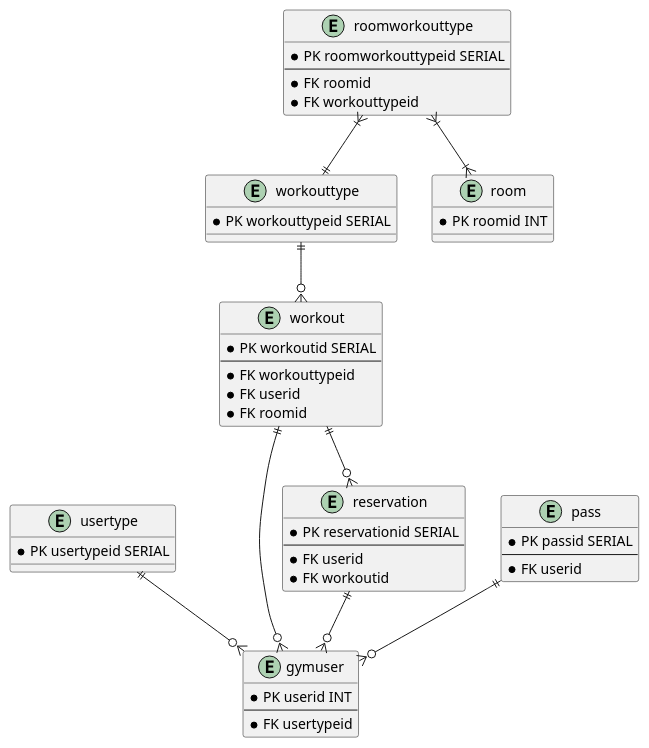
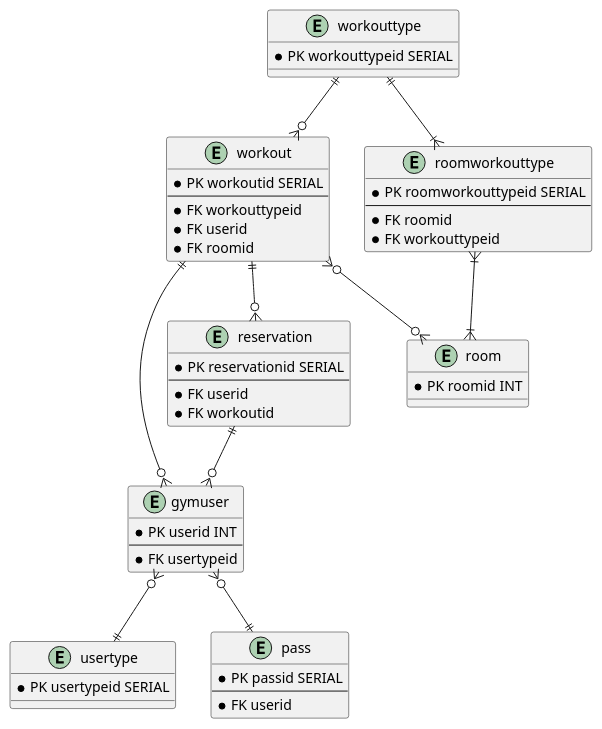
Before and after one commit to vitalispopoff/CentrumSportu: the diagram in _docs/SportHubDatabaseStructure.puml, drawn with PlantUML. The commit also changed 1 other file, not shown here.

```diff
--- a/_docs/SportHubDatabaseStructure.puml
+++ b/_docs/SportHubDatabaseStructure.puml
@@ -1,65 +1,67 @@
 @startuml
 
 Entity usertype{
 * PK usertypeid SERIAL
 }
 
 entity gymuser{
 * PK userid INT
 --
 * FK usertypeid
 }
 
 entity workouttype{
 * PK workouttypeid SERIAL
 }
 
 entity workout{
 * PK workoutid SERIAL
 --
 * FK workouttypeid
 * FK userid
 * FK roomid
 }
 
 entity pass{
 * PK passid SERIAL
 --
 * FK userid
 }
 
 entity reservation{
 * PK reservationid SERIAL
 --
 * FK userid
 * FK workoutid
 }
 
 entity room{
 * PK roomid INT
 }
 
 entity roomworkouttype{
 * PK roomworkouttypeid SERIAL
 --
 * FK roomid
 * FK workouttypeid
 }
 
-usertype ||==o{gymuser
+gymuser}o==||usertype
 workouttype||==o{workout
 workout||==o{gymuser
 workout||==o{reservation
+workout}o==o{room
 reservation||==o{gymuser
-pass||==o{gymuser
+gymuser}o==||pass
 
 roomworkouttype}|==|{room
-roomworkouttype}|==||workouttype
+
+workouttype||==|{roomworkouttype
 
 
 
 
 
 
 
 @enduml
```
